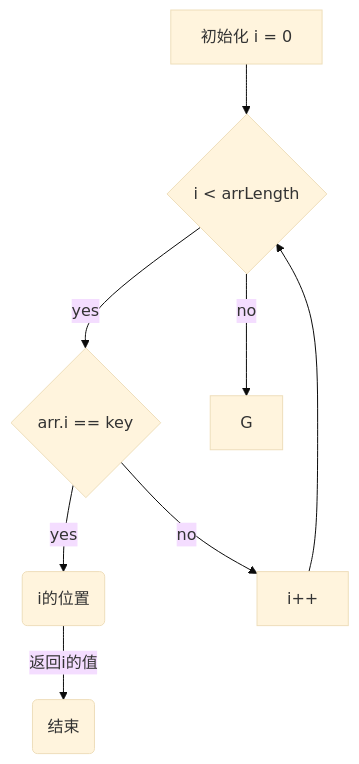
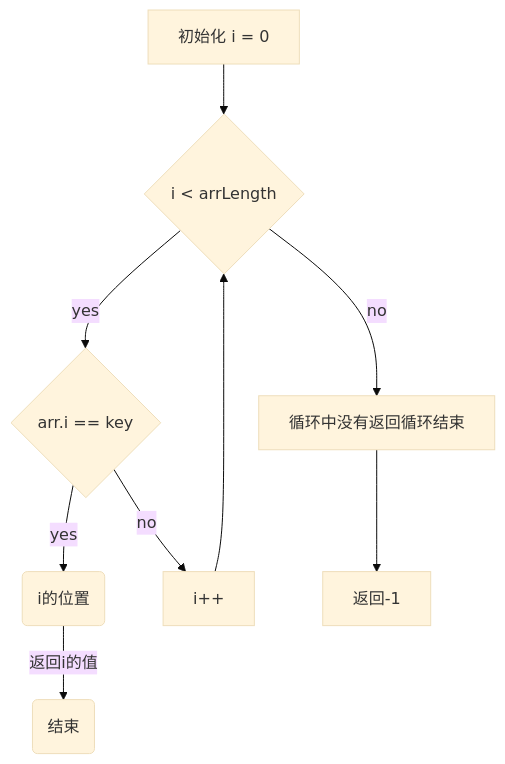
One commit to QAQSly/Data_Structure changed the diagram in DP/LinearSearch.md. Above: the diagram before and after it, drawn with Mermaid (base theme). The commit also changed other lines of this file, not shown here.

````diff
--- a/DP/LinearSearch.md
+++ b/DP/LinearSearch.md
@@ -26,12 +26,11 @@
 ``` mermaid
 flowchart TD;
 Start[初始化 i = 0] --> B{i < arrLength};
 B -- yes --> C{arr.i == key};
 C -- yes --> D(i的位置);
 C -- no --> E[i++];
+E --> B;
 D -- 返回i的值 --> F(结束);
-B -- no --> G;
-E --> B;
-
-
+B -- no --> G[循环中没有返回循环结束];
+G --> H[返回-1];
 ```
````
